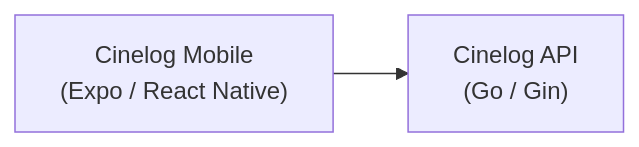
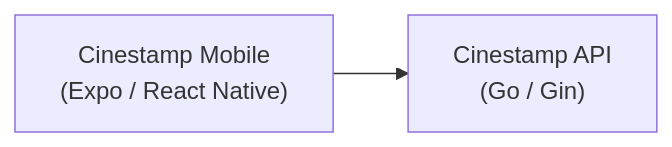
One commit to masaya-nishimura-09/movie-log-mobile changed the diagram in README.ja.md. Above: the diagram before and after it, drawn with Mermaid. The commit also changed other lines of this file and 12 other files, not shown here.

````diff
--- a/README.ja.md
+++ b/README.ja.md
@@ -35,4 +35,4 @@
 ```mermaid
 flowchart LR
-    phone["Cinelog Mobile<br/>(Expo / React Native)"] --> api["Cinelog API<br/>(Go / Gin)"]
+    phone["Cinestamp Mobile<br/>(Expo / React Native)"] --> api["Cinestamp API<br/>(Go / Gin)"]
 ```
````
